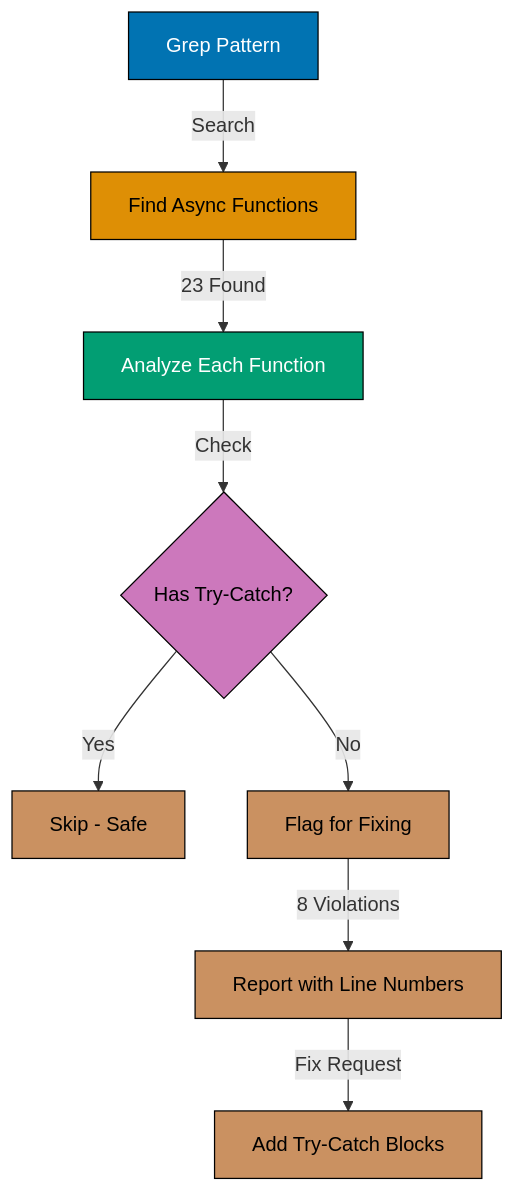
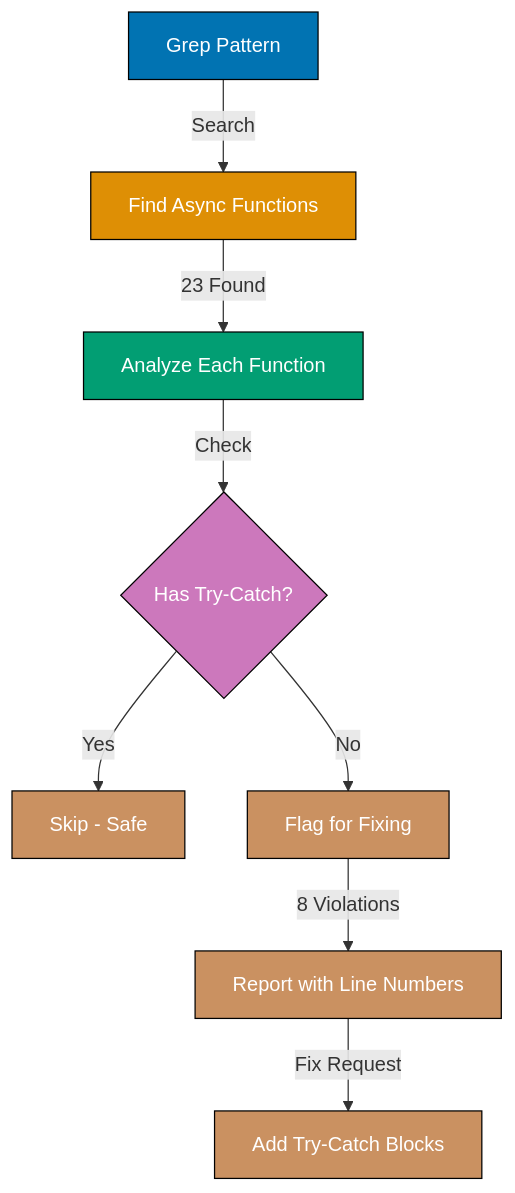
The third of 8 diagrams in apps/ayokoding-web/content/en/learn/software-engineering/automation-tools/claude-code/by-example/intermediate.md (wahidyankf/open-sharia-enterprise), drawn with Mermaid before and after one commit. The commit also changed other lines of this file and 61 other files, not shown here.

First line of the commit message:
fix(ayokoding-web): quote Mermaid node labels with special characters in Example 63

````diff
--- a/apps/ayokoding-web/content/en/learn/software-engineering/automation-tools/claude-code/by-example/intermediate.md
+++ b/apps/ayokoding-web/content/en/learn/software-engineering/automation-tools/claude-code/by-example/intermediate.md
@@ -274,19 +274,19 @@
 ```mermaid
 graph TD
     A[Grep Pattern] -->|Search| B[Find Async Functions]
     B -->|23 Found| C[Analyze Each Function]
     C -->|Check| D{Has Try-Catch?}
     D -->|Yes| E[Skip - Safe]
     D -->|No| F[Flag for Fixing]
     F -->|8 Violations| G[Report with Line Numbers]
     G -->|Fix Request| H[Add Try-Catch Blocks]
 
     style A fill:#0173B2,stroke:#000,color:#fff
-    style B fill:#DE8F05,stroke:#000,color:#000
+    style B fill:#DE8F05,stroke:#000,color:#fff
     style C fill:#029E73,stroke:#000,color:#fff
-    style D fill:#CC78BC,stroke:#000,color:#000
-    style E fill:#CA9161,stroke:#000,color:#000
-    style F fill:#CA9161,stroke:#000,color:#000
-    style G fill:#CA9161,stroke:#000,color:#000
-    style H fill:#CA9161,stroke:#000,color:#000
+    style D fill:#CC78BC,stroke:#000,color:#fff
+    style E fill:#CA9161,stroke:#000,color:#fff
+    style F fill:#CA9161,stroke:#000,color:#fff
+    style G fill:#CA9161,stroke:#000,color:#fff
+    style H fill:#CA9161,stroke:#000,color:#fff
 ```
````
